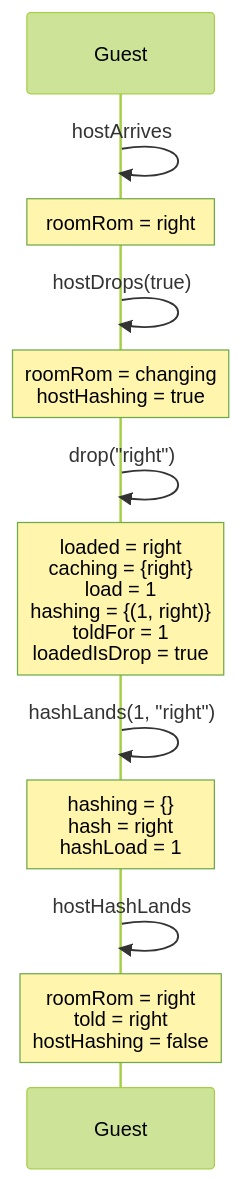
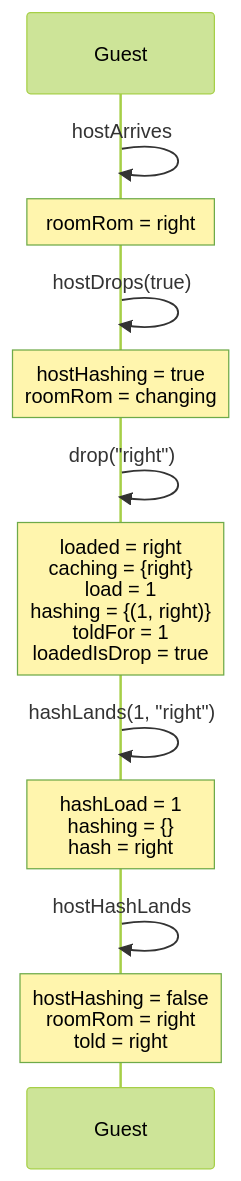
One commit to kwilson21/kaillera-next changed diagram 24 of 27 in docs/spec-traces.md. Above: the diagram before and after it, drawn with Mermaid (forest theme). The commit also changed other lines of this file, not shown here.

````diff
--- a/docs/spec-traces.md
+++ b/docs/spec-traces.md
@@ -655,14 +655,14 @@
 ```mermaid
 sequenceDiagram
   participant Guest
   Guest->>Guest: hostArrives
   Note over Guest: roomRom = right
   Guest->>Guest: hostDrops(true)
-  Note over Guest: roomRom = changing<br/>hostHashing = true
+  Note over Guest: hostHashing = true<br/>roomRom = changing
   Guest->>Guest: drop("right")
   Note over Guest: loaded = right<br/>caching = {right}<br/>load = 1<br/>hashing = {(1, right)}<br/>toldFor = 1<br/>loadedIsDrop = true
   Guest->>Guest: hashLands(1, "right")
-  Note over Guest: hashing = {}<br/>hash = right<br/>hashLoad = 1
+  Note over Guest: hashLoad = 1<br/>hashing = {}<br/>hash = right
   Guest->>Guest: hostHashLands
-  Note over Guest: roomRom = right<br/>told = right<br/>hostHashing = false
+  Note over Guest: hostHashing = false<br/>roomRom = right<br/>told = right
 ```
````
